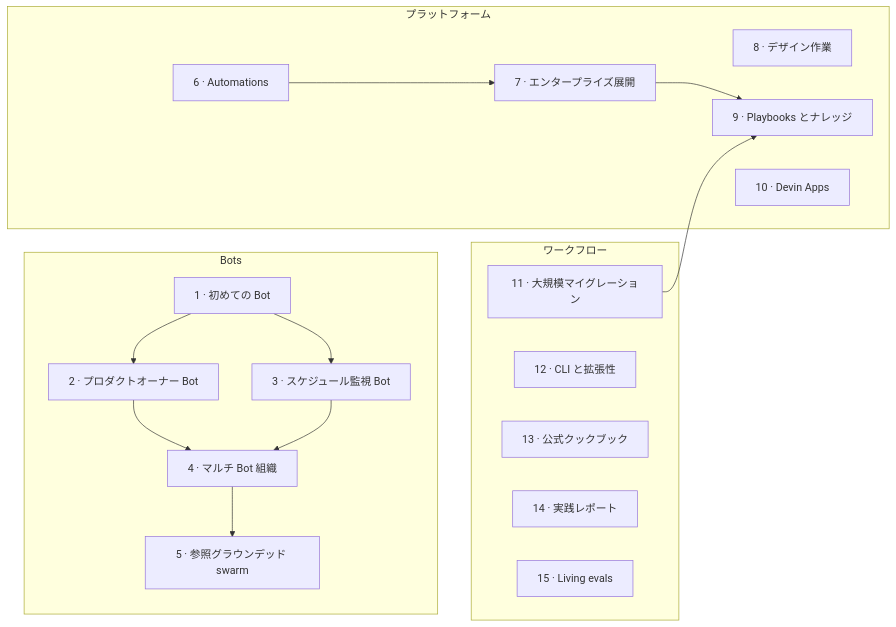
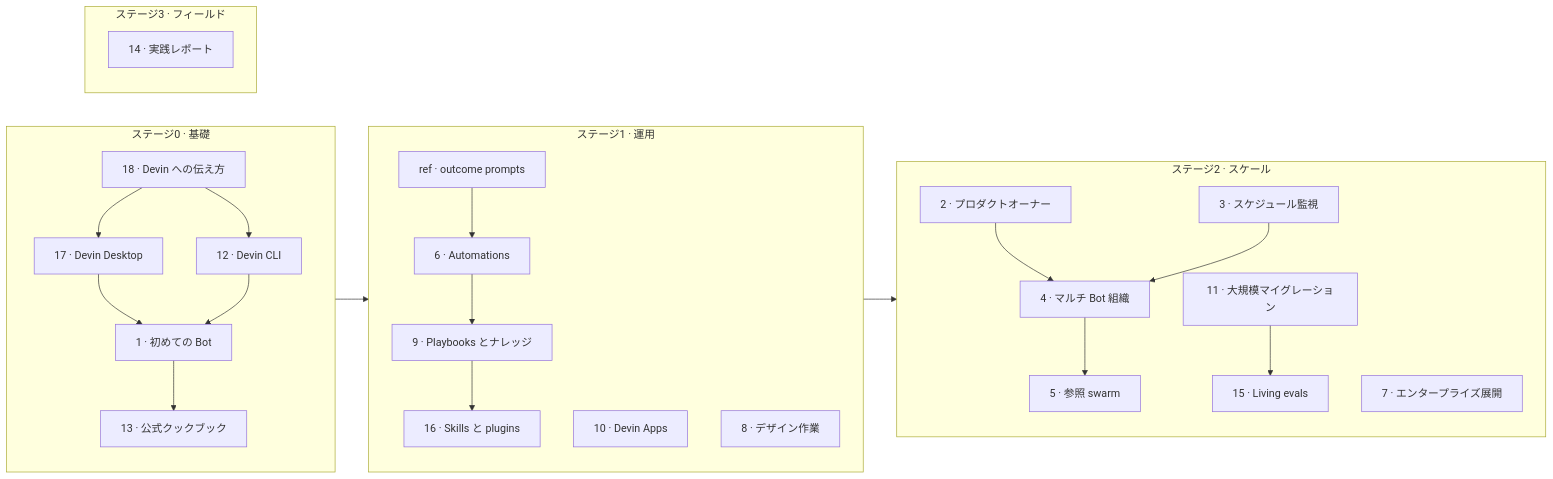
Before and after one commit to Till3005/build-with-devin: the diagram in README.ja.md, drawn with Mermaid. The commit also changed other lines of this file and 11 other files, not shown here.

Commit message:
Restructure into 4-stage curriculum + Guide 18 Talking to Devin (4 langs) + bots-101 bounded-assignment/access/usage sections

````diff
--- a/README.ja.md
+++ b/README.ja.md
@@ -27,25 +27,28 @@
 ```mermaid
 flowchart LR
-    subgraph Bots
-      G1["1 · 初めての Bot"] --> G2["2 · プロダクトオーナー Bot"]
-      G1 --> G3["3 · スケジュール監視 Bot"]
-      G2 --> G4["4 · マルチ Bot 組織"]
-      G3 --> G4
-      G4 --> G5["5 · 参照グラウンデッド swarm"]
+    subgraph S0["ステージ0 · 基礎"]
+      G18["18 · Devin への伝え方"] --> G17["17 · Devin Desktop"]
+      G18 --> G12["12 · Devin CLI"]
+      G17 --> G1["1 · 初めての Bot"]
+      G12 --> G1
+      G1 --> G13["13 · 公式クックブック"]
     end
-    subgraph プラットフォーム
-      G6["6 · Automations"] --> G7["7 · エンタープライズ展開"]
+    subgraph S1["ステージ1 · 運用"]
+      GP["ref · outcome prompts"] --> G6["6 · Automations"]
+      G6 --> G9["9 · Playbooks とナレッジ"]
+      G9 --> G16["16 · Skills と plugins"]
+      G10["10 · Devin Apps"]
       G8["8 · デザイン作業"]
-      G9["9 · Playbooks とナレッジ"]
-      G10["10 · Devin Apps"]
     end
-    subgraph ワークフロー
-      G11["11 · 大規模マイグレーション"]
-      G12["12 · CLI と拡張性"]
-      G13["13 · 公式クックブック"]
+    subgraph S2["ステージ2 · スケール"]
+      G2["2 · プロダクトオーナー"] --> G4["4 · マルチ Bot 組織"]
+      G3["3 · スケジュール監視"] --> G4
+      G4 --> G5["5 · 参照 swarm"]
+      G11["11 · 大規模マイグレーション"] --> G15["15 · Living evals"]
+      G7["7 · エンタープライズ展開"]
+    end
+    subgraph S3["ステージ3 · フィールド"]
       G14["14 · 実践レポート"]
-      G15["15 · Living evals"]
     end
-    G7 --> G9
-    G11 --> G9
+    S0 --> S1 --> S2
 ```
````
